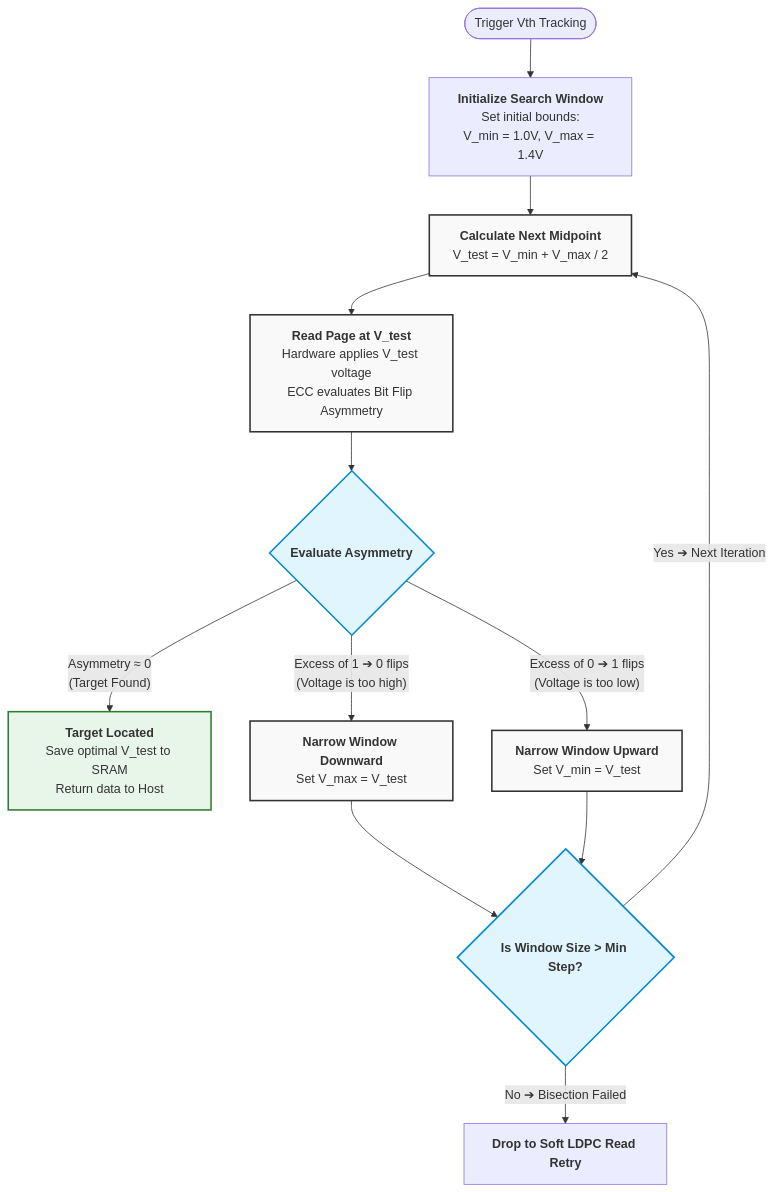
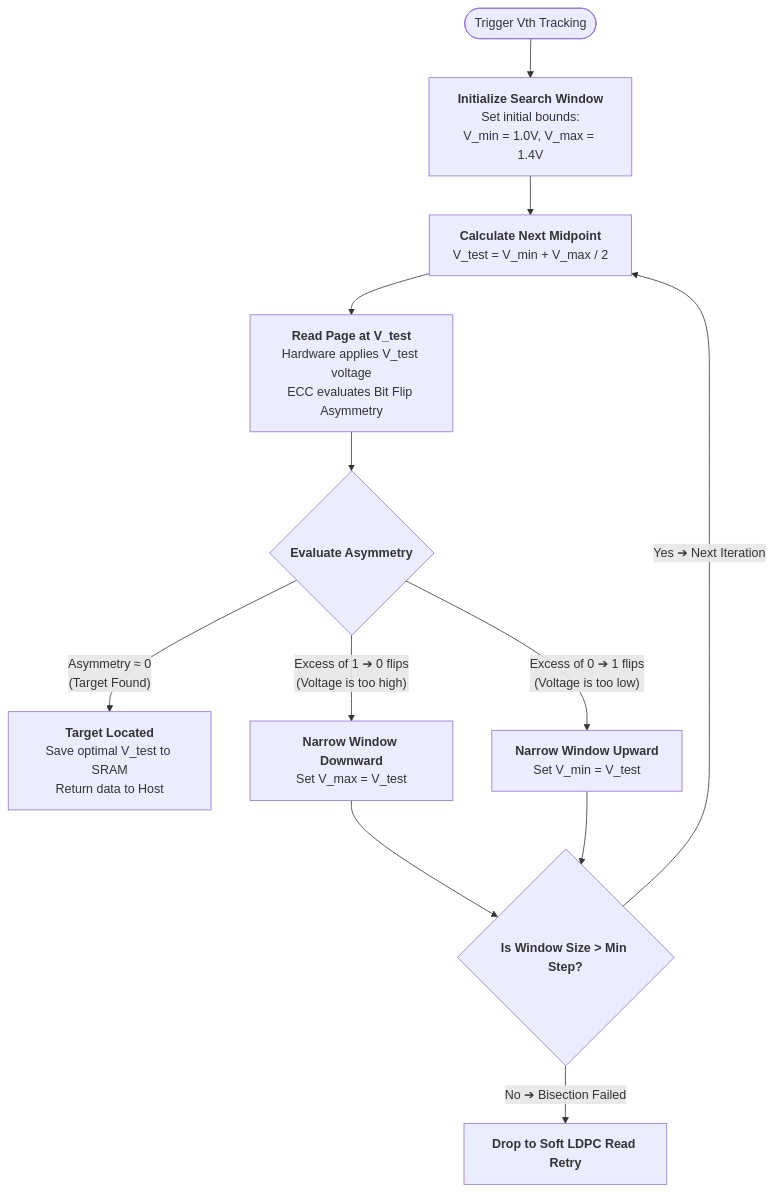
Before and after one commit to smallstepman/x: the diagram in README.md, drawn with Mermaid.

Commit message:
Refactor mermaid diagram by removing styling
Removed styling definitions from the mermaid diagram in the README.

````diff
--- a/README.md
+++ b/README.md
@@ -21,38 +21,21 @@
 ```mermaid
 graph TD
-    %% Styling Definition
-    classDef step fill:#f9f9f9,stroke:#333,stroke-width:2px;
-    classDef decision fill:#e1f5fe,stroke:#0288d1,stroke-width:2px;
-    classDef finish fill:#e8f5e9,stroke:#2e7d32,stroke-width:2px;
-
     Start([Trigger Vth Tracking]) --> Step1[<b>Initialize Search Window</b><br>Set initial bounds:<br>V_min = 1.0V, V_max = 1.4V]
     
     %% Loop Entry Point
     Step1 --> CalcMid[<b>Calculate Next Midpoint</b><br>V_test = V_min + V_max / 2]
-    class CalcMid step;
-    
     CalcMid --> ReadPage[<b>Read Page at V_test</b><br>Hardware applies V_test voltage<br>ECC evaluates Bit Flip Asymmetry]
-    class ReadPage step;
-    
     ReadPage --> DecGate{<b>Evaluate Asymmetry</b>}
-    class DecGate decision;
     
     %% Branching Logic
     DecGate -- "Asymmetry ≈ 0<br>(Target Found)" --> Success[<b>Target Located</b><br>Save optimal V_test to SRAM<br>Return data to Host]
-    class Success finish;
-    
     DecGate -- "Excess of 1 ➔ 0 flips<br>(Voltage is too high)" --> AdjustLower[<b>Narrow Window Downward</b><br>Set V_max = V_test]
-    class AdjustLower step;
-    
     DecGate -- "Excess of 0 ➔ 1 flips<br>(Voltage is too low)" --> AdjustHigher[<b>Narrow Window Upward</b><br>Set V_min = V_test]
-    class AdjustHigher step;
     
     %% The Recursive Loop Back
     AdjustLower --> CheckResolution{<b>Is Window Size > Min Step?</b>}
     AdjustHigher --> CheckResolution
-    class CheckResolution decision;
     
     CheckResolution -- Yes ➔ Next Iteration --> CalcMid
     CheckResolution -- No ➔ Bisection Failed --> Fail[<b>Drop to Soft LDPC Read Retry</b>]
-    class Fail fill:#ffebee,stroke:#c62828,stroke-width:2px;
 ```
````
